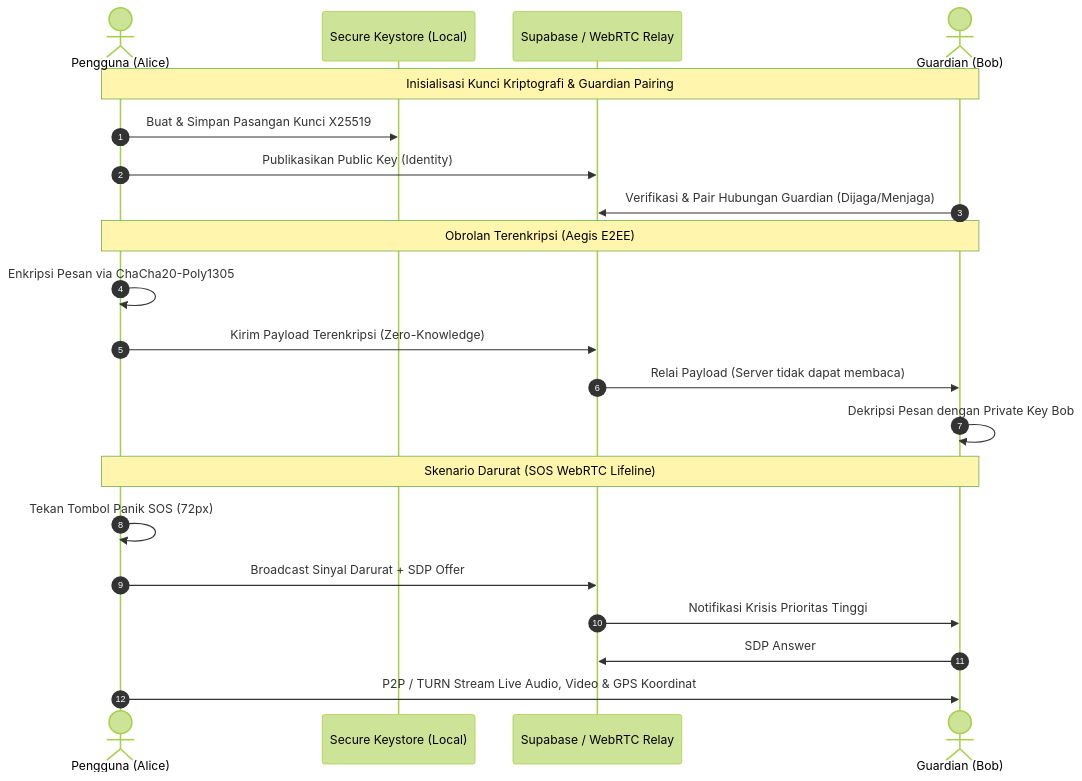
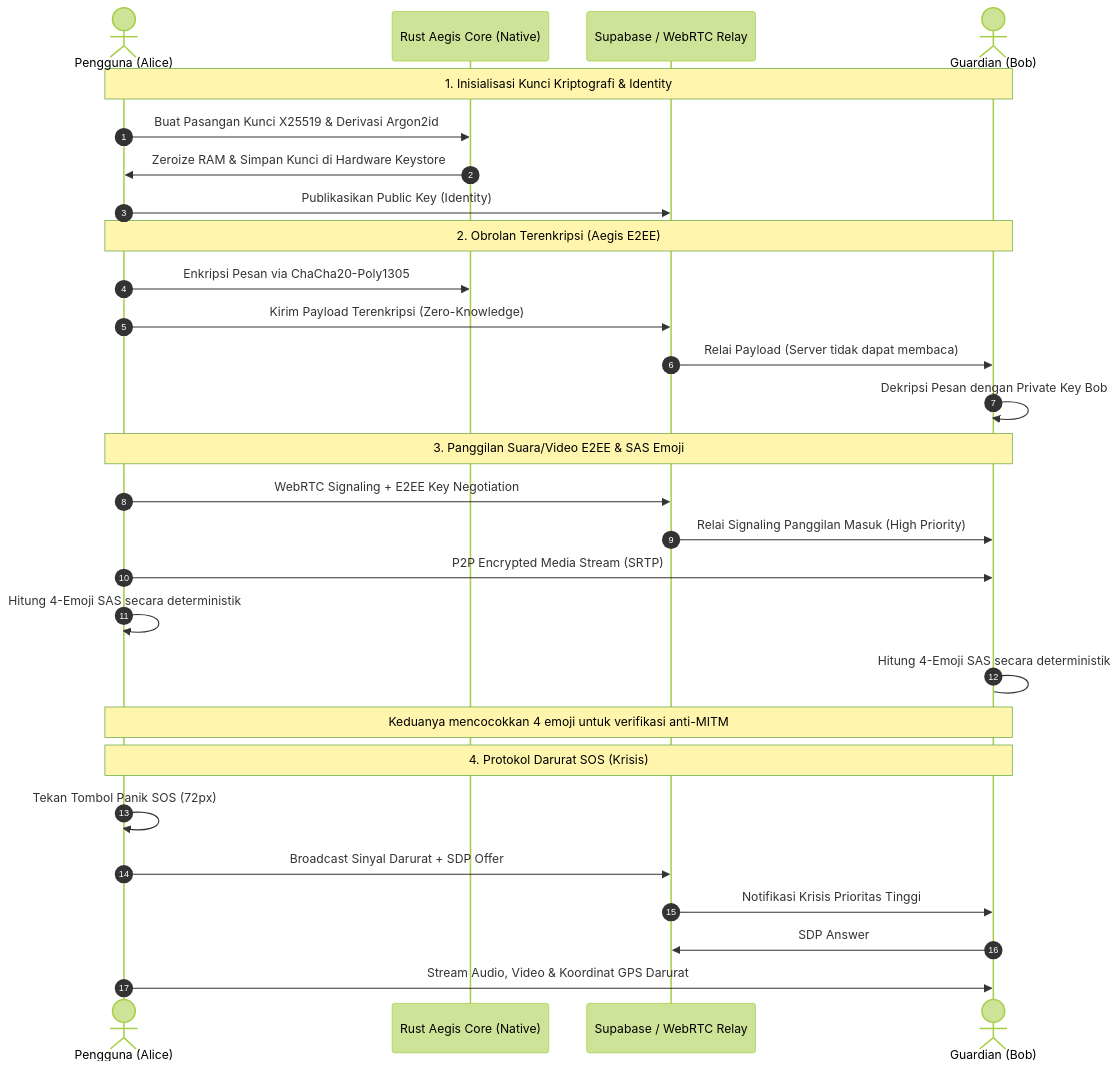
Before and after one commit to tholeteplok/Mekaar_chat: the second of 2 diagrams in README.md, drawn with Mermaid (forest theme). The commit also changed other lines of this file, not shown here.

Commit message:
docs: align brand identity to MEKAAR 2.0, document Rust Aegis Core, 3-slot vault and 700+ tests

````diff
--- a/README.md
+++ b/README.md
@@ -152,26 +164,34 @@
 ```mermaid
 sequenceDiagram
     autonumber
     actor Alice as Pengguna (Alice)
-    participant Keystore as Secure Keystore (Local)
+    participant RustCore as Rust Aegis Core (Native)
     participant Server as Supabase / WebRTC Relay
     actor Bob as Guardian (Bob)
 
-    Note over Alice,Bob: Inisialisasi Kunci Kriptografi & Guardian Pairing
-    Alice->>Keystore: Buat & Simpan Pasangan Kunci X25519
+    Note over Alice,Bob: 1. Inisialisasi Kunci Kriptografi & Identity
+    Alice->>RustCore: Buat Pasangan Kunci X25519 & Derivasi Argon2id
+    RustCore->>Alice: Zeroize RAM & Simpan Kunci di Hardware Keystore
     Alice->>Server: Publikasikan Public Key (Identity)
-    Bob->>Server: Verifikasi & Pair Hubungan Guardian (Dijaga/Menjaga)
 
-    Note over Alice,Bob: Obrolan Terenkripsi (Aegis E2EE)
-    Alice->>Alice: Enkripsi Pesan via ChaCha20-Poly1305
+    Note over Alice,Bob: 2. Obrolan Terenkripsi (Aegis E2EE)
+    Alice->>RustCore: Enkripsi Pesan via ChaCha20-Poly1305
     Alice->>Server: Kirim Payload Terenkripsi (Zero-Knowledge)
     Server->>Bob: Relai Payload (Server tidak dapat membaca)
     Bob->>Bob: Dekripsi Pesan dengan Private Key Bob
 
-    Note over Alice,Bob: Skenario Darurat (SOS WebRTC Lifeline)
+    Note over Alice,Bob: 3. Panggilan Suara/Video E2EE & SAS Emoji
+    Alice->>Server: WebRTC Signaling + E2EE Key Negotiation
+    Server->>Bob: Relai Signaling Panggilan Masuk (High Priority)
+    Alice->>Bob: P2P Encrypted Media Stream (SRTP)
+    Alice->>Alice: Hitung 4-Emoji SAS secara deterministik
+    Bob->Bob: Hitung 4-Emoji SAS secara deterministik
+    Note over Alice,Bob: Keduanya mencocokkan 4 emoji untuk verifikasi anti-MITM
+
+    Note over Alice,Bob: 4. Protokol Darurat SOS (Krisis)
     Alice->>Alice: Tekan Tombol Panik SOS (72px)
     Alice->>Server: Broadcast Sinyal Darurat + SDP Offer
     Server->>Bob: Notifikasi Krisis Prioritas Tinggi
     Bob->>Server: SDP Answer
-    Alice->>Bob: P2P / TURN Stream Live Audio, Video & GPS Koordinat
+    Alice->>Bob: Stream Audio, Video & Koordinat GPS Darurat
 ```
````
